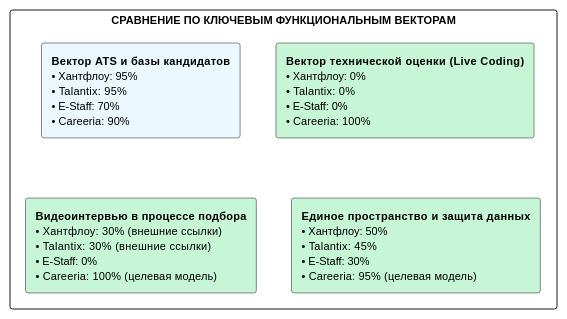
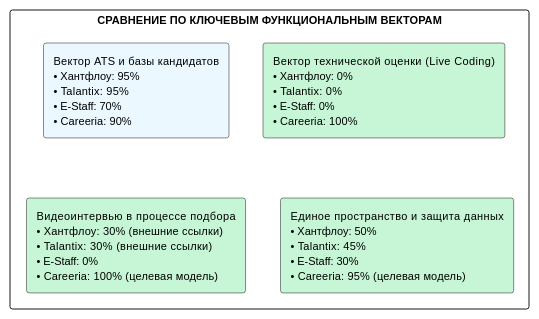
One commit to krackl1n/careeria changed the third of 3 diagrams in docs/project/01-general/05-analogs-analysis.md. Above: the diagram before and after it, drawn with PlantUML. The commit also changed other lines of this file and 2 other files, not shown here.

````diff
--- a/docs/project/01-general/05-analogs-analysis.md
+++ b/docs/project/01-general/05-analogs-analysis.md
@@ -300,16 +289,16 @@
 ```plantuml
 @startuml
 skinparam rectangle {
   RoundCorner 5
   FontName Arial
   FontSize 11
 }
 
 rectangle "СРАВНЕНИЕ ПО КЛЮЧЕВЫМ ФУНКЦИОНАЛЬНЫМ ВЕКТОРАМ" as CompVectors {
-  rectangle "**Вектор ATS и базы кандидатов**\n• Хантфлоу: 95%\n• Talantix: 95%\n• E-Staff: 70%\n• Careeria: 90%" as V1 #EBF8FF
-  rectangle "**Вектор технической оценки (Live Coding)**\n• Хантфлоу: 0%\n• Talantix: 0%\n• E-Staff: 0%\n• Careeria: 100%" as V2 #C6F6D5
-  rectangle "**Видеоинтервью в процессе подбора**\n• Хантфлоу: 30% (внешние ссылки)\n• Talantix: 30% (внешние ссылки)\n• E-Staff: 0%\n• Careeria: 100% (целевая модель)" as V3 #C6F6D5
-  rectangle "**Единое пространство и защита данных**\n• Хантфлоу: 50%\n• Talantix: 45%\n• E-Staff: 30%\n• Careeria: 95% (целевая модель)" as V4 #C6F6D5
+  rectangle "Вектор ATS и базы кандидатов\n• Хантфлоу: 95%\n• Talantix: 95%\n• E-Staff: 70%\n• Careeria: 90%" as V1 #EBF8FF
+  rectangle "Вектор технической оценки (Live Coding)\n• Хантфлоу: 0%\n• Talantix: 0%\n• E-Staff: 0%\n• Careeria: 100%" as V2 #C6F6D5
+  rectangle "Видеоинтервью в процессе подбора\n• Хантфлоу: 30% (внешние ссылки)\n• Talantix: 30% (внешние ссылки)\n• E-Staff: 0%\n• Careeria: 100% (целевая модель)" as V3 #C6F6D5
+  rectangle "Единое пространство и защита данных\n• Хантфлоу: 50%\n• Talantix: 45%\n• E-Staff: 30%\n• Careeria: 95% (целевая модель)" as V4 #C6F6D5
 }
 @enduml
 ```
````
